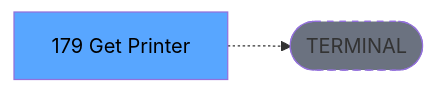
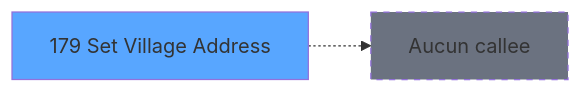
One commit to thonyAGP/magic-migration changed the third of 3 diagrams in .openspec/specs/ADH-IDE-179.md. Above: the diagram before and after it, drawn with Mermaid. The commit also changed other lines of this file and 311 other files, not shown here.

````diff
--- a/.openspec/specs/ADH-IDE-179.md
+++ b/.openspec/specs/ADH-IDE-179.md
@@ -140,8 +145,8 @@
 ```mermaid
 graph LR
-    T[179 Get Printer]
-    TERM([TERMINAL])
-    T -.-> TERM
-    style TERM fill:#6b7280,stroke-dasharray: 5 5
-    style T fill:#58a6ff,color:#000
+    T179[179 Set Village Address]
+    style T179 fill:#58a6ff
+    NONE[Aucun callee]
+    T179 -.-> NONE
+    style NONE fill:#6b7280,stroke-dasharray: 5 5
 ```
````
